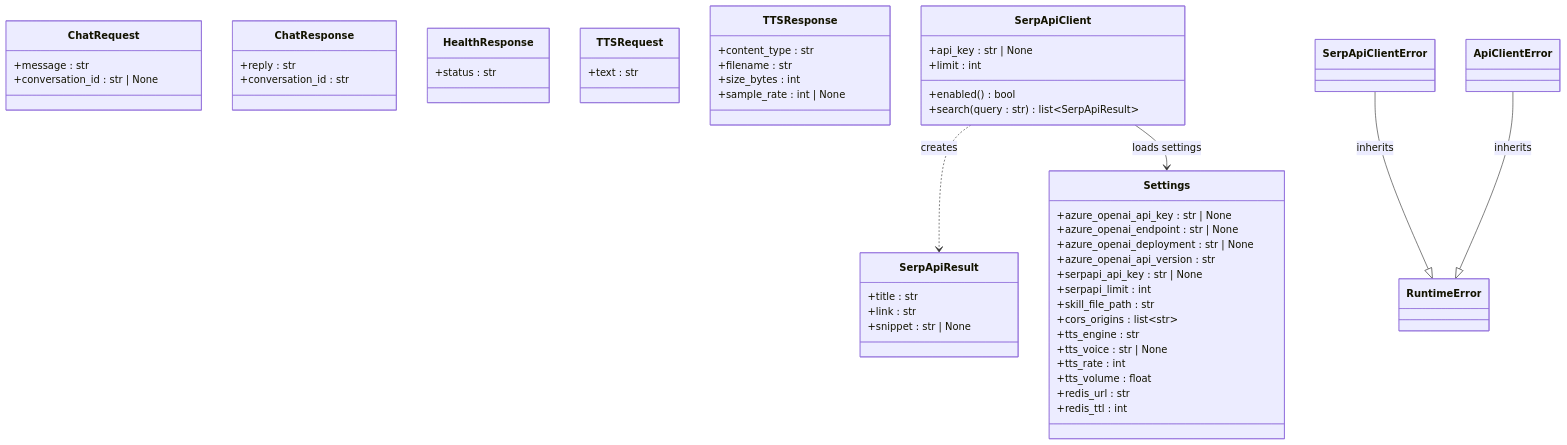
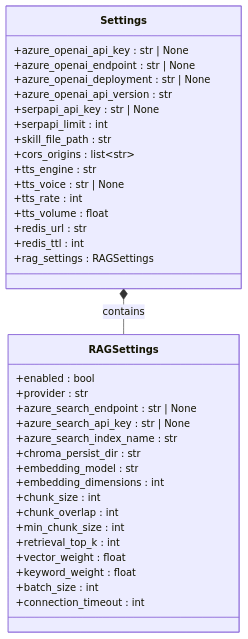
The first of 11 diagrams in specs/diagram.md (Trung1234/travel-advisor), drawn with Mermaid before and after one commit. The commit also changed other lines of this file and 15 other files, not shown here.

Commit message:
add vector db and rag

````diff
--- a/specs/diagram.md
+++ b/specs/diagram.md
@@ -7,68 +12,41 @@
 ```mermaid
 classDiagram
     class Settings {
         +azure_openai_api_key : str | None
         +azure_openai_endpoint : str | None
         +azure_openai_deployment : str | None
         +azure_openai_api_version : str
         +serpapi_api_key : str | None
         +serpapi_limit : int
         +skill_file_path : str
         +cors_origins : list~str~
         +tts_engine : str
         +tts_voice : str | None
         +tts_rate : int
         +tts_volume : float
         +redis_url : str
         +redis_ttl : int
+        +rag_settings : RAGSettings
     }
 
-    class ChatRequest {
-        +message : str
-        +conversation_id : str | None
+    class RAGSettings {
+        +enabled : bool
+        +provider : str
+        +azure_search_endpoint : str | None
+        +azure_search_api_key : str | None
+        +azure_search_index_name : str
+        +chroma_persist_dir : str
+        +embedding_model : str
+        +embedding_dimensions : int
+        +chunk_size : int
+        +chunk_overlap : int
+        +min_chunk_size : int
+        +retrieval_top_k : int
+        +vector_weight : float
+        +keyword_weight : float
+        +batch_size : int
+        +connection_timeout : int
     }
 
-    class ChatResponse {
-        +reply : str
-        +conversation_id : str
-    }
-
-    class HealthResponse {
-        +status : str
-    }
-
-    class TTSRequest {
-        +text : str
-    }
-
-    class TTSResponse {
-        +content_type : str
-        +filename : str
-        +size_bytes : int
-        +sample_rate : int | None
-    }
-
-    class SerpApiResult {
-        +title : str
-        +link : str
-        +snippet : str | None
-    }
-
-    class SerpApiClient {
-        +api_key : str | None
-        +limit : int
-        +enabled() bool
-        +search(query : str) list~SerpApiResult~
-    }
-
-    class SerpApiClientError {
-    }
-
-    class ApiClientError {
-    }
-
-    SerpApiClient ..> SerpApiResult : creates
-    SerpApiClient --> Settings : loads settings
-    SerpApiClientError --|> RuntimeError : inherits
-    ApiClientError --|> RuntimeError : inherits
+    Settings *-- RAGSettings : contains
 ```
````
